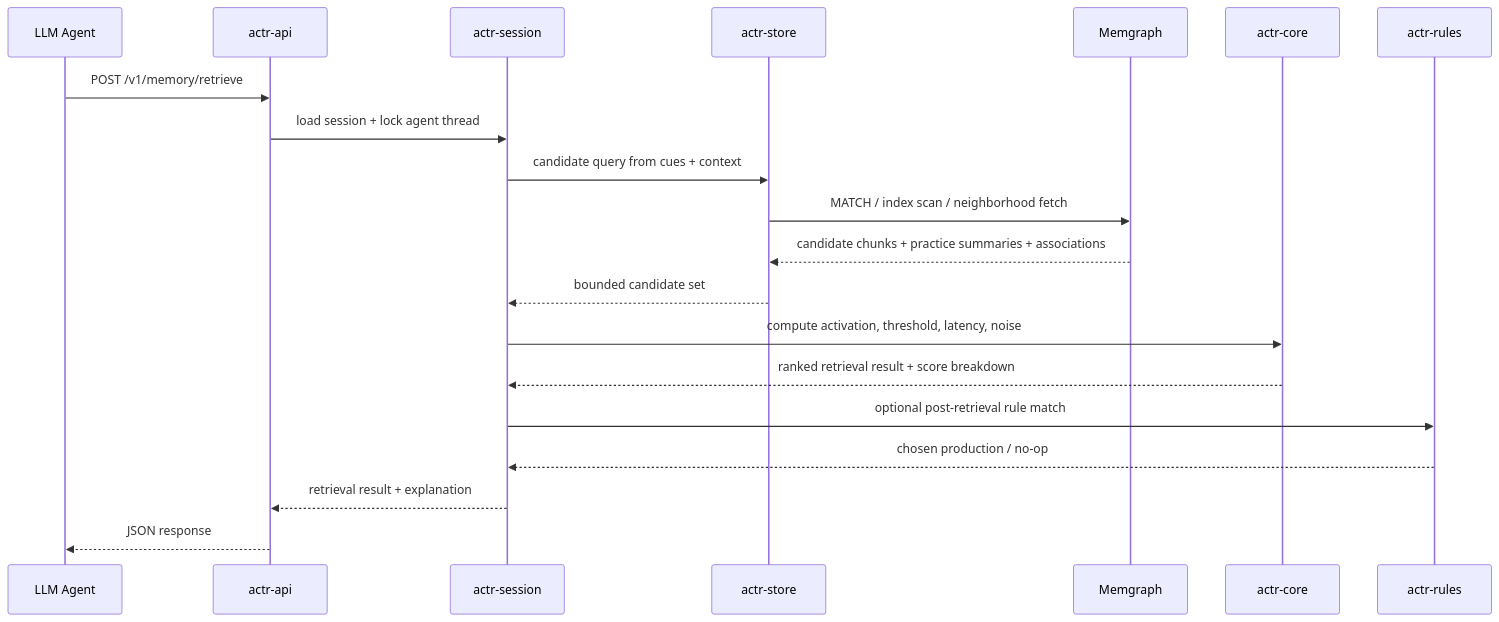
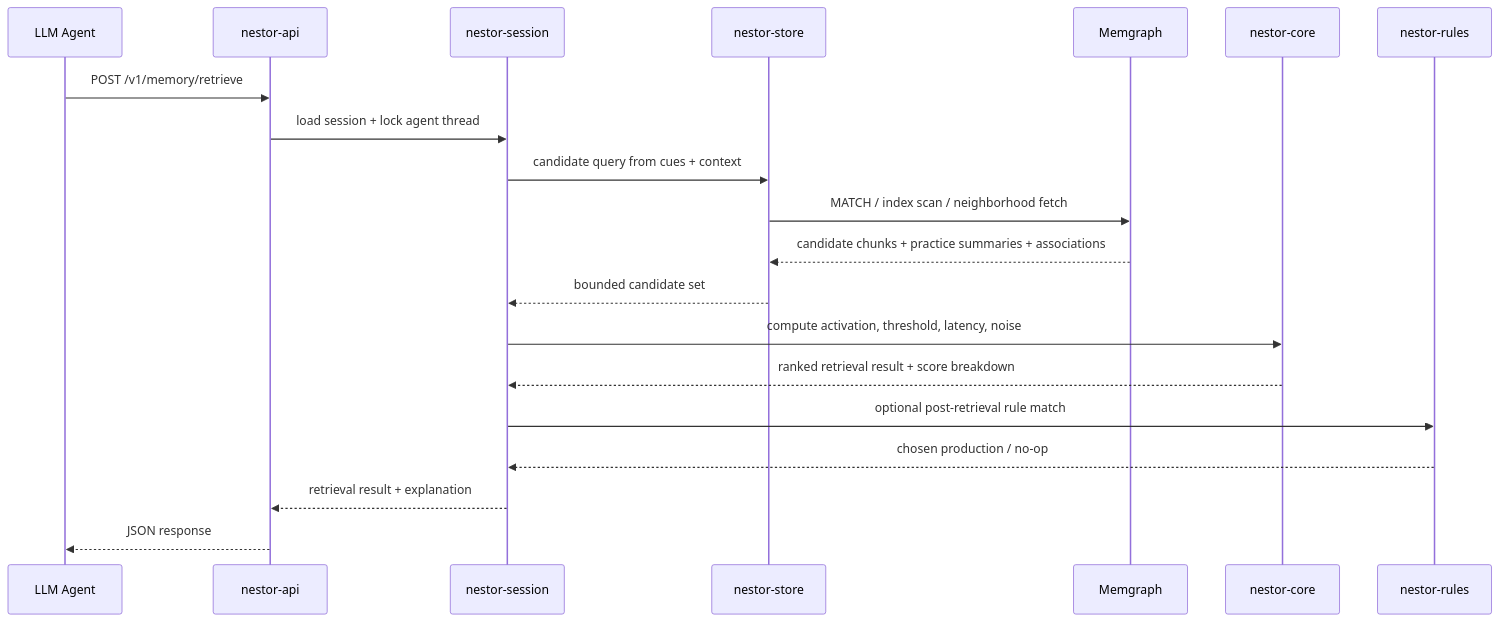
The second of 2 diagrams in research/ACT-R-Engineering-Plan.md (mgwilt/agent-memory), drawn with Mermaid before and after one commit. The commit also changed other lines of this file and 135 other files, not shown here.

````diff
--- a/research/ACT-R-Engineering-Plan.md
+++ b/research/ACT-R-Engineering-Plan.md
@@ -77,23 +77,23 @@
 ```mermaid
 sequenceDiagram
     participant Agent as LLM Agent
-    participant API as actr-api
-    participant Session as actr-session
-    participant Store as actr-store
+    participant API as nestor-api
+    participant Session as nestor-session
+    participant Store as nestor-store
     participant MG as Memgraph
-    participant Core as actr-core
-    participant Rules as actr-rules
+    participant Core as nestor-core
+    participant Rules as nestor-rules
 
     Agent->>API: POST /v1/memory/retrieve
     API->>Session: load session + lock agent thread
     Session->>Store: candidate query from cues + context
     Store->>MG: MATCH / index scan / neighborhood fetch
     MG-->>Store: candidate chunks + practice summaries + associations
     Store-->>Session: bounded candidate set
     Session->>Core: compute activation, threshold, latency, noise
     Core-->>Session: ranked retrieval result + score breakdown
     Session->>Rules: optional post-retrieval rule match
     Rules-->>Session: chosen production / no-op
     Session-->>API: retrieval result + explanation
     API-->>Agent: JSON response
 ```
````
